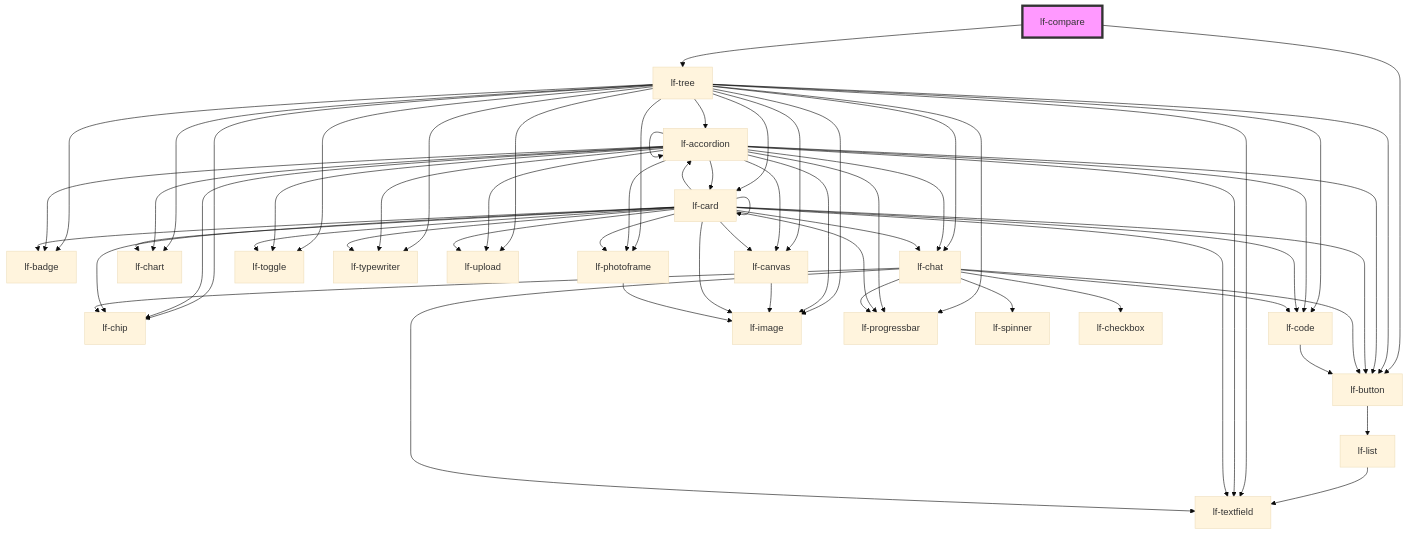
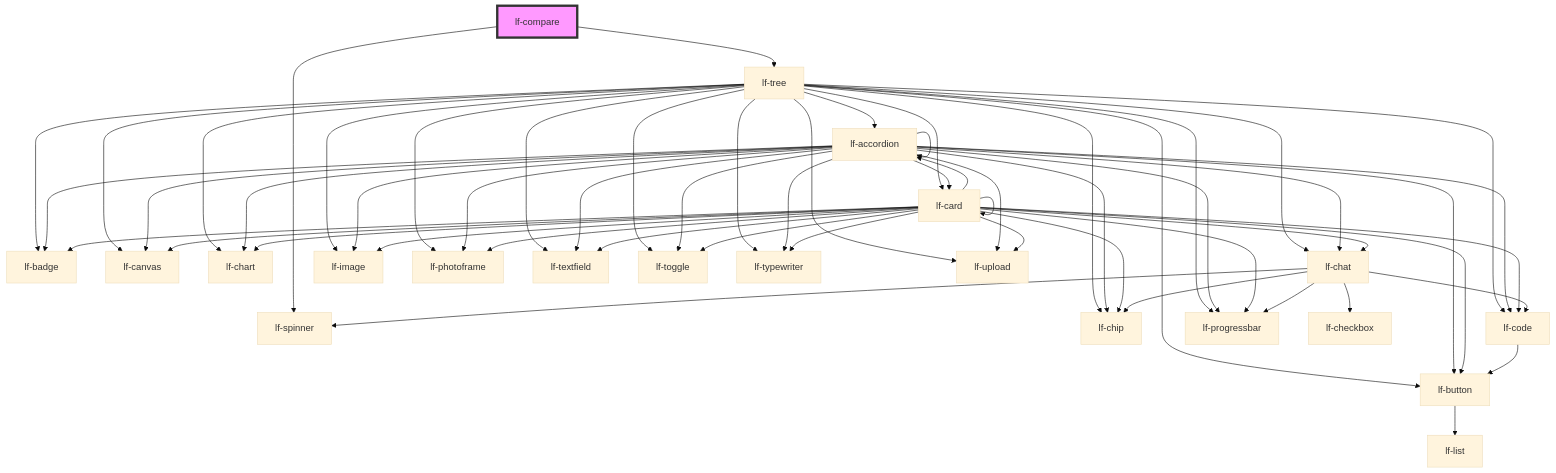
One commit to lucafoscili/lf-widgets changed the diagram in packages/core/src/components/lf-compare/readme.md. Above: the diagram before and after it, drawn with Mermaid (base theme). The commit also changed other lines of this file and 96 other files, not shown here.

First line of the commit message:
chore: Refactor core components to use FC-based Button and Textfield

````diff
--- a/packages/core/src/components/lf-compare/readme.md
+++ b/packages/core/src/components/lf-compare/readme.md
@@ -110,66 +110,61 @@
 ```mermaid
 graph TD;
-  lf-compare --> lf-button
   lf-compare --> lf-tree
-  lf-button --> lf-list
-  lf-list --> lf-textfield
-  lf-tree --> lf-textfield
+  lf-compare --> lf-spinner
   lf-tree --> lf-accordion
   lf-tree --> lf-badge
   lf-tree --> lf-button
   lf-tree --> lf-canvas
   lf-tree --> lf-card
   lf-tree --> lf-chart
   lf-tree --> lf-chat
   lf-tree --> lf-chip
   lf-tree --> lf-code
   lf-tree --> lf-image
   lf-tree --> lf-photoframe
   lf-tree --> lf-progressbar
+  lf-tree --> lf-textfield
   lf-tree --> lf-toggle
   lf-tree --> lf-typewriter
   lf-tree --> lf-upload
   lf-accordion --> lf-accordion
   lf-accordion --> lf-badge
   lf-accordion --> lf-button
   lf-accordion --> lf-canvas
   lf-accordion --> lf-card
   lf-accordion --> lf-chart
   lf-accordion --> lf-chat
   lf-accordion --> lf-chip
   lf-accordion --> lf-code
   lf-accordion --> lf-image
   lf-accordion --> lf-photoframe
   lf-accordion --> lf-progressbar
   lf-accordion --> lf-textfield
   lf-accordion --> lf-toggle
   lf-accordion --> lf-typewriter
   lf-accordion --> lf-upload
-  lf-canvas --> lf-image
+  lf-button --> lf-list
   lf-card --> lf-accordion
   lf-card --> lf-badge
   lf-card --> lf-button
   lf-card --> lf-canvas
   lf-card --> lf-card
   lf-card --> lf-chart
   lf-card --> lf-chat
   lf-card --> lf-chip
   lf-card --> lf-code
   lf-card --> lf-image
   lf-card --> lf-photoframe
   lf-card --> lf-progressbar
   lf-card --> lf-textfield
   lf-card --> lf-toggle
   lf-card --> lf-typewriter
   lf-card --> lf-upload
   lf-chat --> lf-chip
-  lf-chat --> lf-button
-  lf-chat --> lf-textfield
   lf-chat --> lf-spinner
   lf-chat --> lf-code
   lf-chat --> lf-progressbar
   lf-chat --> lf-checkbox
   lf-code --> lf-button
-  lf-photoframe --> lf-image
   style lf-compare fill:#f9f,stroke:#333,stroke-width:4px
 ```
````
